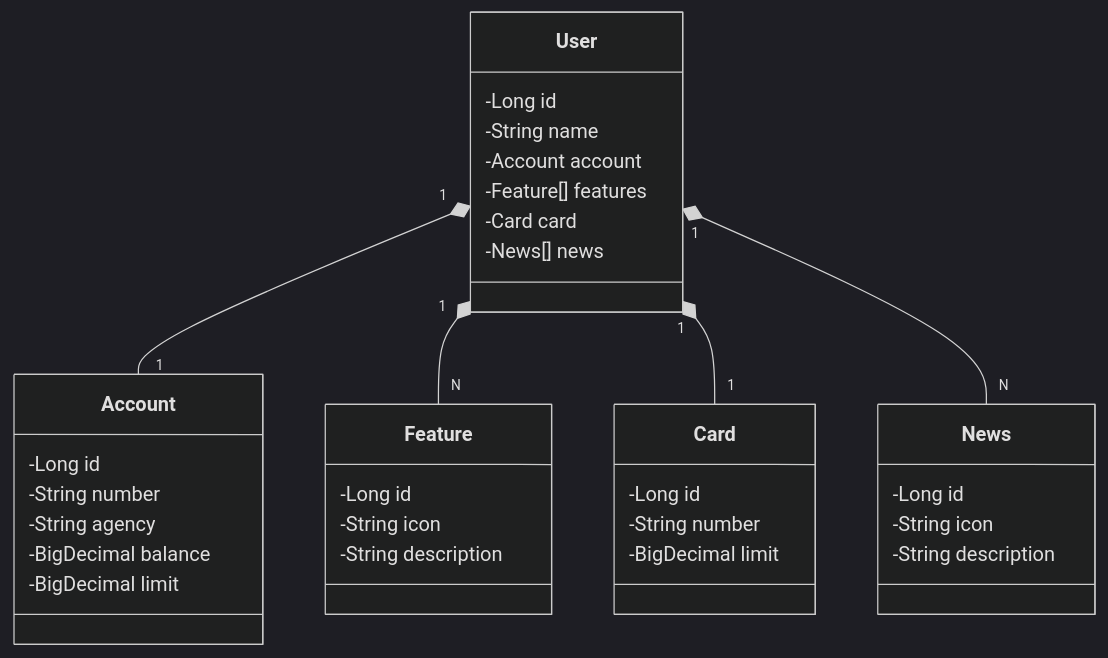
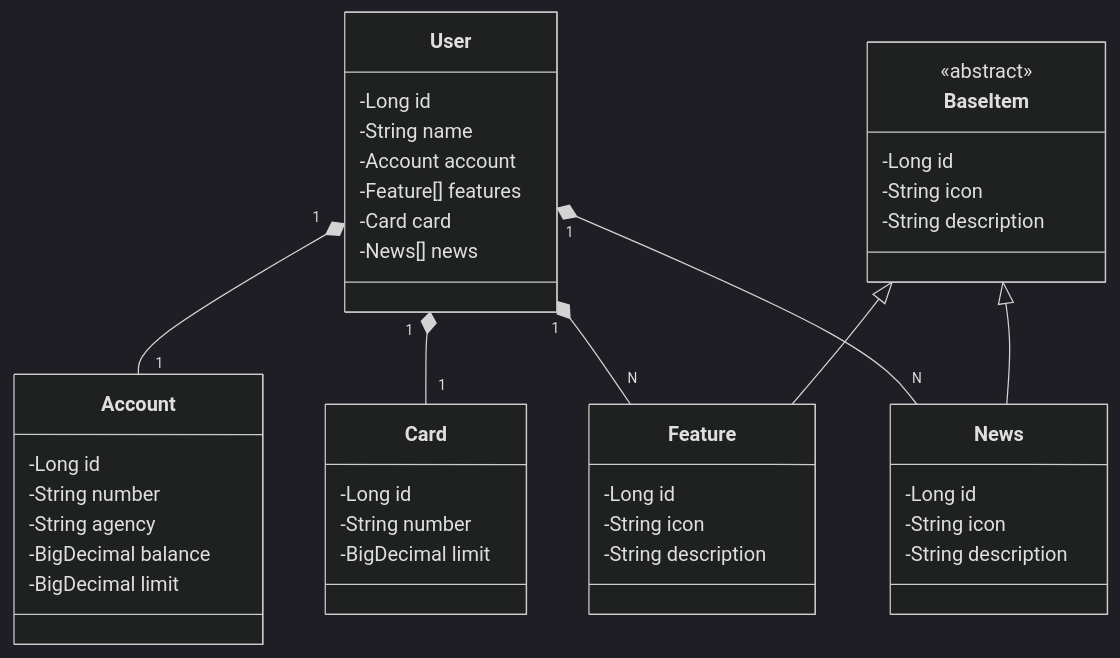
Before and after one commit to aronricardo93/devbank: the diagram in README.md, drawn with Mermaid (dark theme).

Commit message:
[DOCS] - Update README.md

````diff
--- a/README.md
+++ b/README.md
@@ -4,42 +4,53 @@
 ```mermaid
 classDiagram
   class User {
     -Long id
     -String name
     -Account account
     -Feature[] features
     -Card card
     -News[] news
   }
 
   class Account {
     -Long id
     -String number
     -String agency
     -BigDecimal balance
     -BigDecimal limit
   }
 
   class Feature {
     -Long id
     -String icon
     -String description
   }
 
   class Card {
     -Long id
     -String number
     -BigDecimal limit
   }
 
   class News {
     -Long id
     -String icon
     -String description
   }
 
+  class BaseItem{
+    <<abstract>>
+    -Long id
+    -String icon
+    -String description
+  }
+
+  BaseItem <|-- Feature
+  BaseItem <|-- News
   User "1" *-- "1" Account
   User "1" *-- "N" Feature
   User "1" *-- "1" Card
   User "1" *-- "N" News
+
+  
 ```
````
